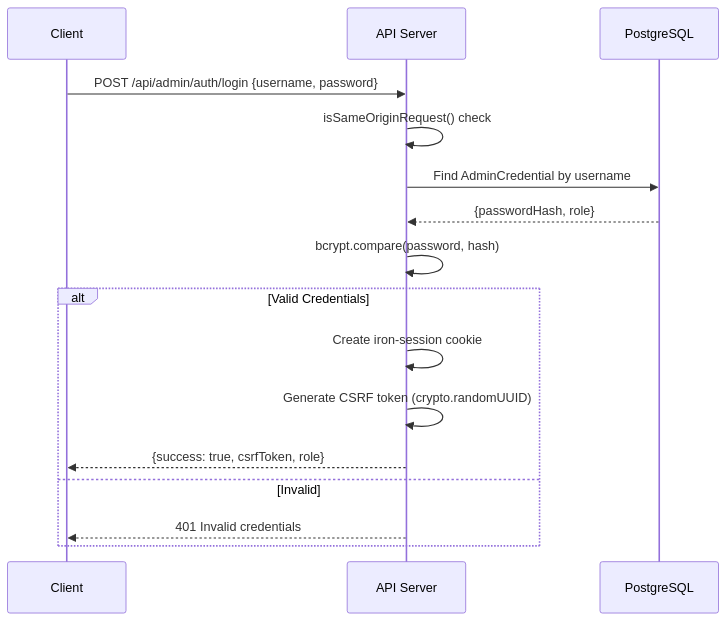
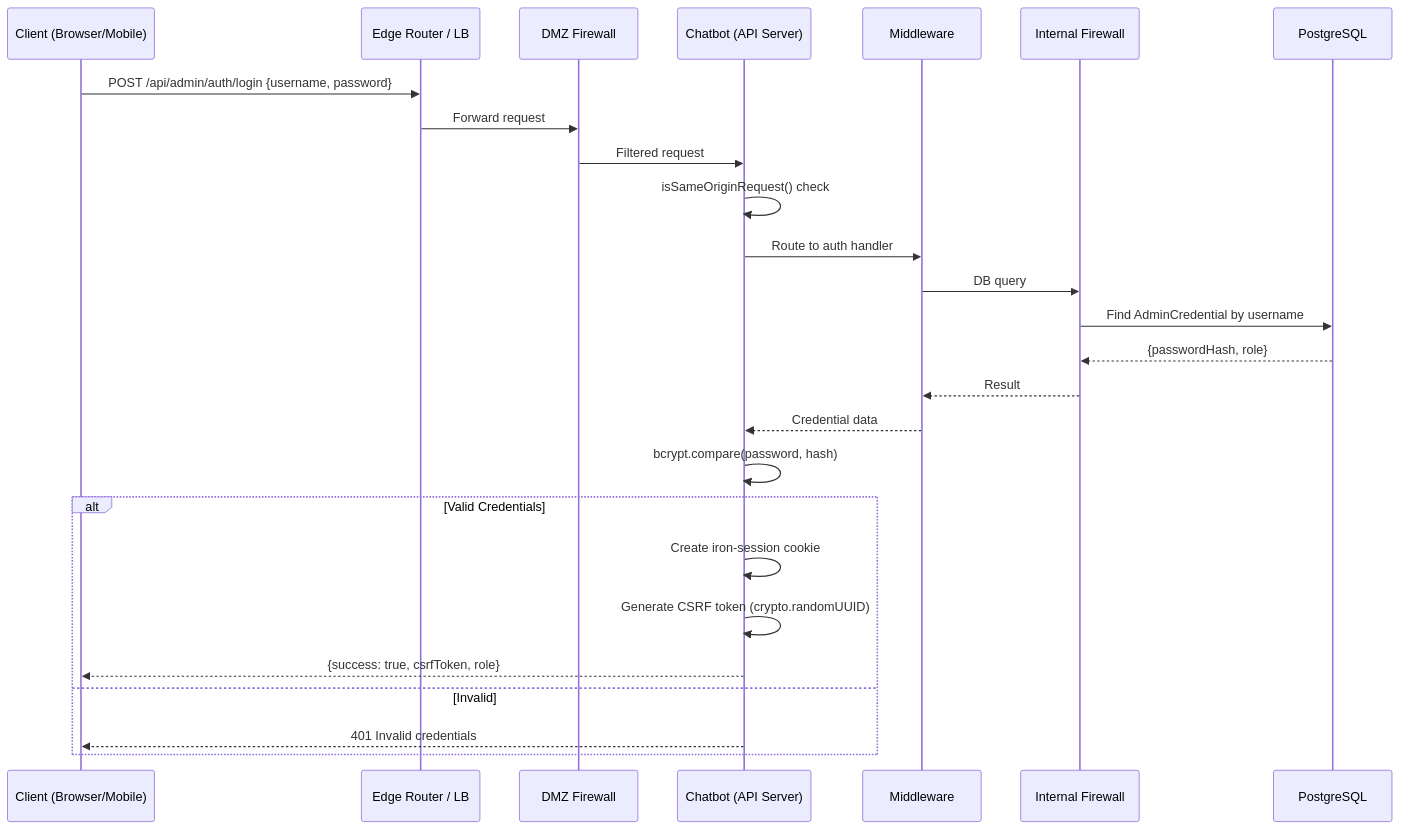
Before and after one commit to Tadelachewu/nibbotfinal: the fifth of 8 diagrams in docs/SDD.md, drawn with Mermaid. The commit also changed other lines of this file and 30 other files, not shown here.

````diff
--- a/docs/SDD.md
+++ b/docs/SDD.md
@@ -371,19 +413,29 @@
 ```mermaid
 sequenceDiagram
-    participant Client
-    participant Server as API Server
+    participant Client as Client (Browser/Mobile)
+    participant ELB as Edge Router / LB
+    participant FW1 as DMZ Firewall
+    participant Server as Chatbot (API Server)
+    participant MW as Middleware
+    participant FW2 as Internal Firewall
     participant DB as PostgreSQL
 
-    Client->>Server: POST /api/admin/auth/login {username, password}
+    Client->>ELB: POST /api/admin/auth/login {username, password}
+    ELB->>FW1: Forward request
+    FW1->>Server: Filtered request
     Server->>Server: isSameOriginRequest() check
-    Server->>DB: Find AdminCredential by username
-    DB-->>Server: {passwordHash, role}
+    Server->>MW: Route to auth handler
+    MW->>FW2: DB query
+    FW2->>DB: Find AdminCredential by username
+    DB-->>FW2: {passwordHash, role}
+    FW2-->>MW: Result
+    MW-->>Server: Credential data
     Server->>Server: bcrypt.compare(password, hash)
     alt Valid Credentials
         Server->>Server: Create iron-session cookie
         Server->>Server: Generate CSRF token (crypto.randomUUID)
         Server-->>Client: {success: true, csrfToken, role}
     else Invalid
         Server-->>Client: 401 Invalid credentials
     end
 ```
````
